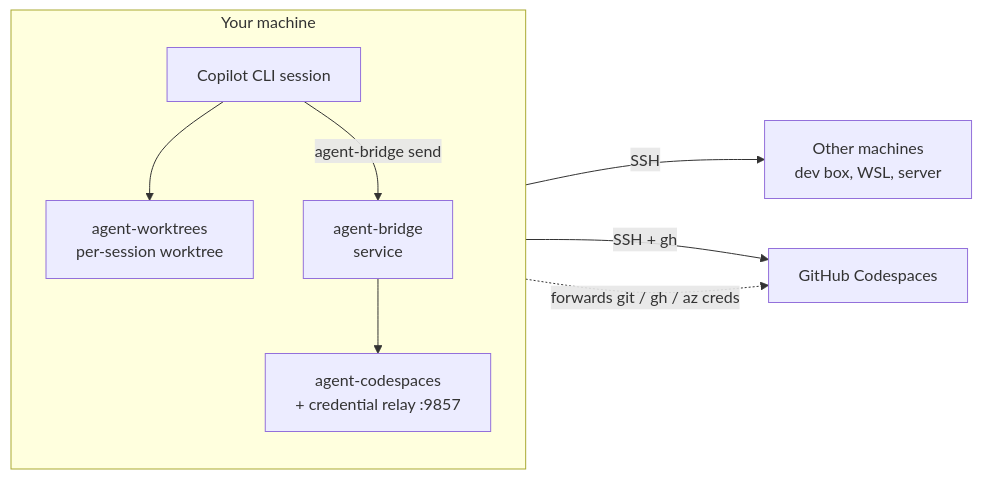
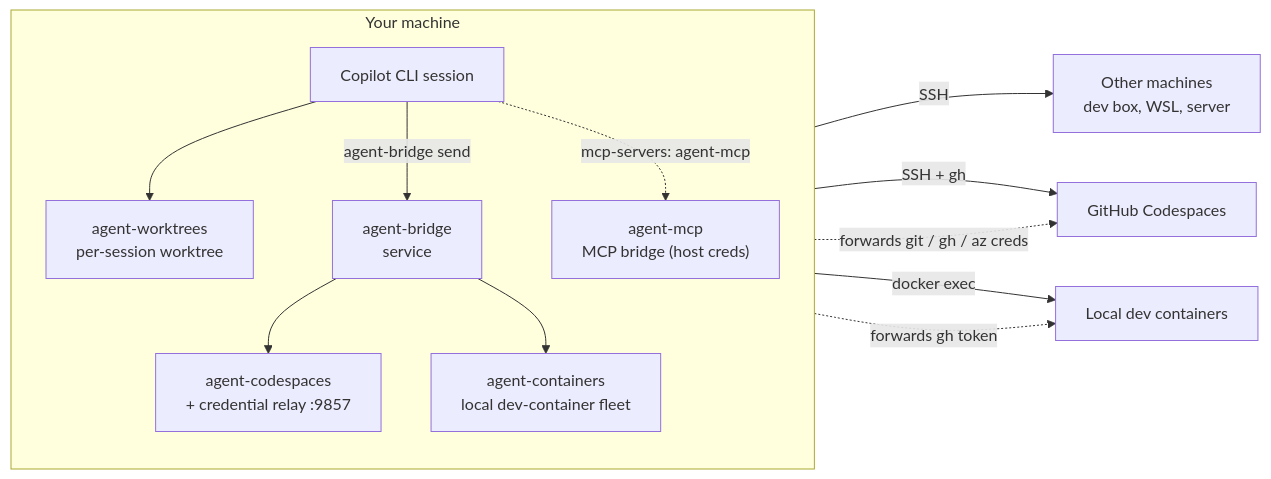
The second of 3 diagrams in README.md (ThomasMichon/copilot-extensions), drawn with Mermaid before and after one commit. The commit also changed other lines of this file and 32 other files, not shown here.

First line of the commit message:
Document agent-containers + agent-mcp; purge Gitea + internal repo references

````diff
--- a/README.md
+++ b/README.md
@@ -49,16 +62,22 @@
 ```mermaid
 flowchart LR
     subgraph Yours["Your machine"]
       direction TB
       CLI["Copilot CLI session"]
       WT["agent-worktrees<br/>per-session worktree"]
       BR["agent-bridge<br/>service"]
       CS["agent-codespaces<br/>+ credential relay :9857"]
+      CN["agent-containers<br/>local dev-container fleet"]
+      MCP["agent-mcp<br/>MCP bridge (host creds)"]
       CLI --> WT
       CLI -->|agent-bridge send| BR
+      CLI -.->|mcp-servers: agent-mcp| MCP
       BR --> CS
+      BR --> CN
     end
     BR -->|SSH| OM["Other machines<br/>dev box, WSL, server"]
     CS -->|SSH + gh| GH["GitHub Codespaces"]
     CS -.->|forwards git / gh / az creds| GH
+    CN -->|docker exec| DC["Local dev containers"]
+    CN -.->|forwards gh token| DC
 ```
````
